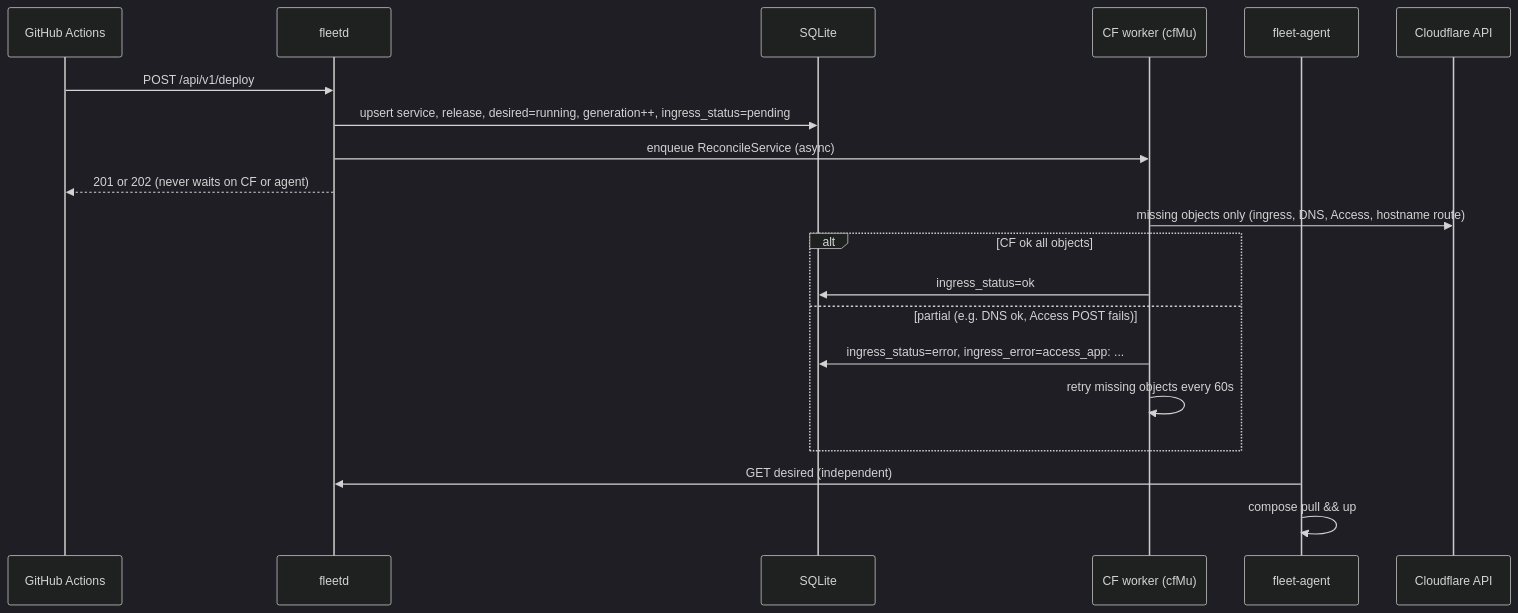
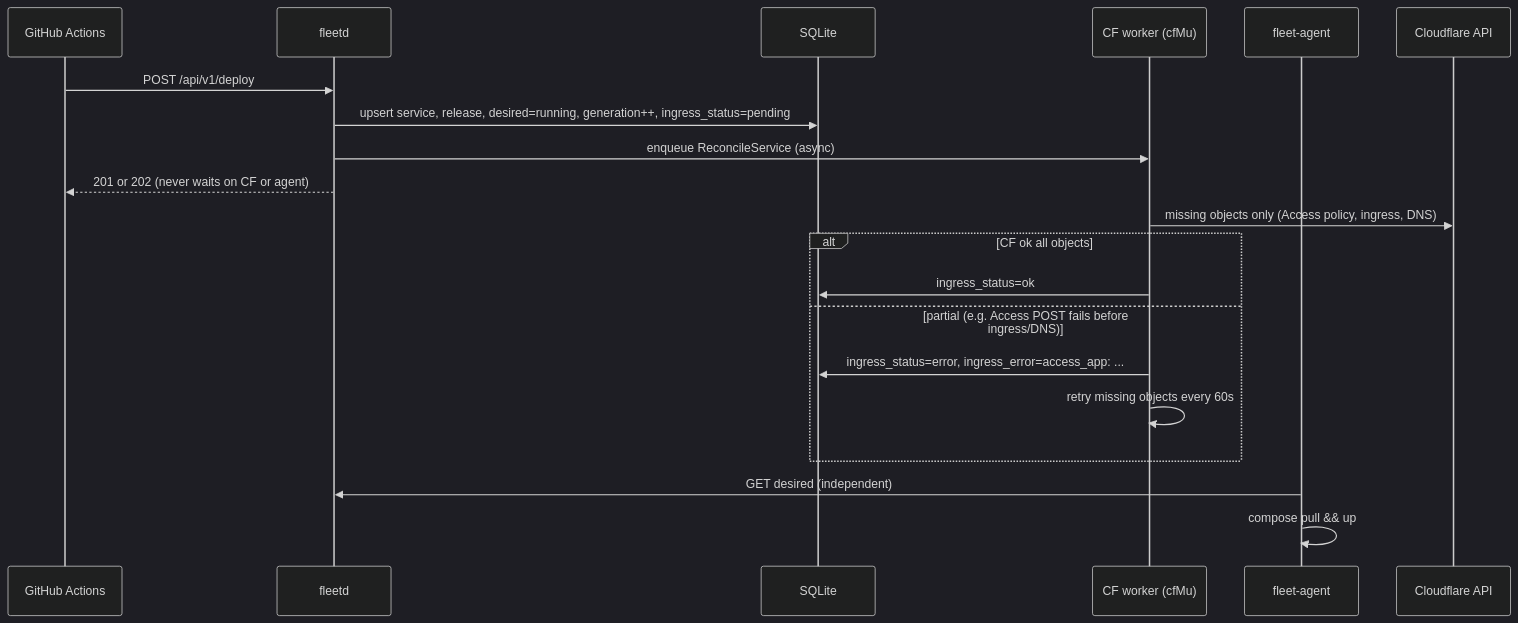
Before and after one commit to fallrising/newclear: the third of 3 diagrams in specs/fleet/docs/SDD.md, drawn with Mermaid (dark theme). The commit also changed other lines of this file and 36 other files, not shown here.

````diff
--- a/specs/fleet/docs/SDD.md
+++ b/specs/fleet/docs/SDD.md
@@ -1868,23 +1832,23 @@
 ```mermaid
 sequenceDiagram
   participant CI as GitHub Actions
   participant F as fleetd
   participant DB as SQLite
   participant Q as CF worker (cfMu)
   participant A as fleet-agent
   participant CF as Cloudflare API
 
   CI->>F: POST /api/v1/deploy
   F->>DB: upsert service, release, desired=running, generation++, ingress_status=pending
   F->>Q: enqueue ReconcileService (async)
   F-->>CI: 201 or 202 (never waits on CF or agent)
-  Q->>CF: missing objects only (ingress, DNS, Access, hostname route)
+  Q->>CF: missing objects only (Access policy, ingress, DNS)
   alt CF ok all objects
     Q->>DB: ingress_status=ok
-  else partial (e.g. DNS ok, Access POST fails)
+  else partial (e.g. Access POST fails before ingress/DNS)
     Q->>DB: ingress_status=error, ingress_error=access_app: ...
     Q->>Q: retry missing objects every 60s
   end
   A->>F: GET desired (independent)
   A->>A: compose pull && up
 ```
````
